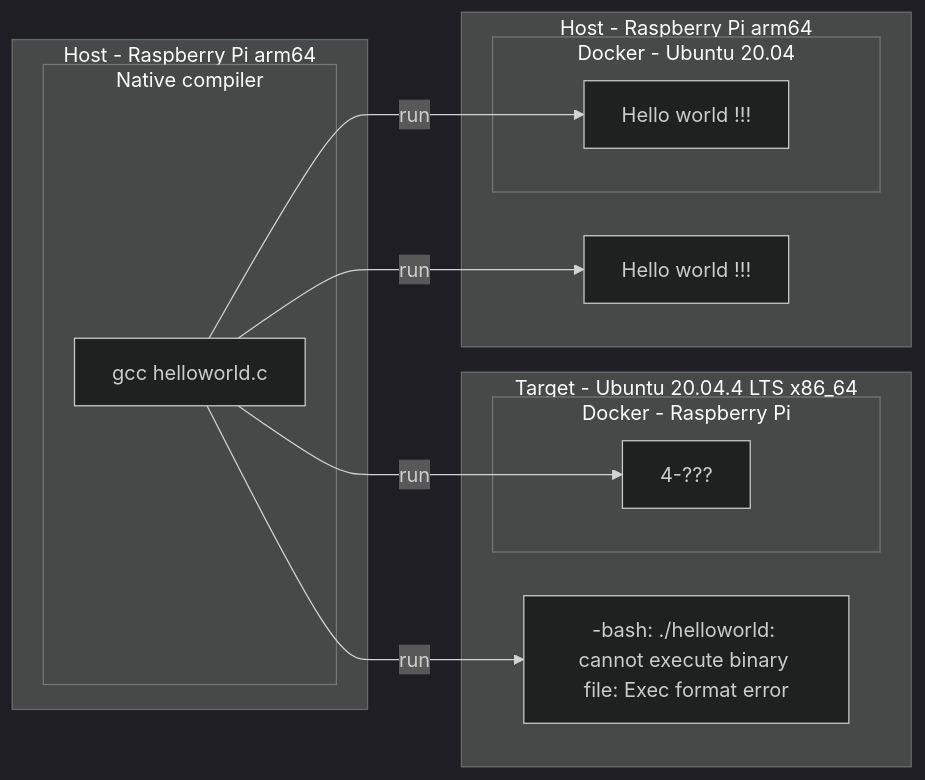
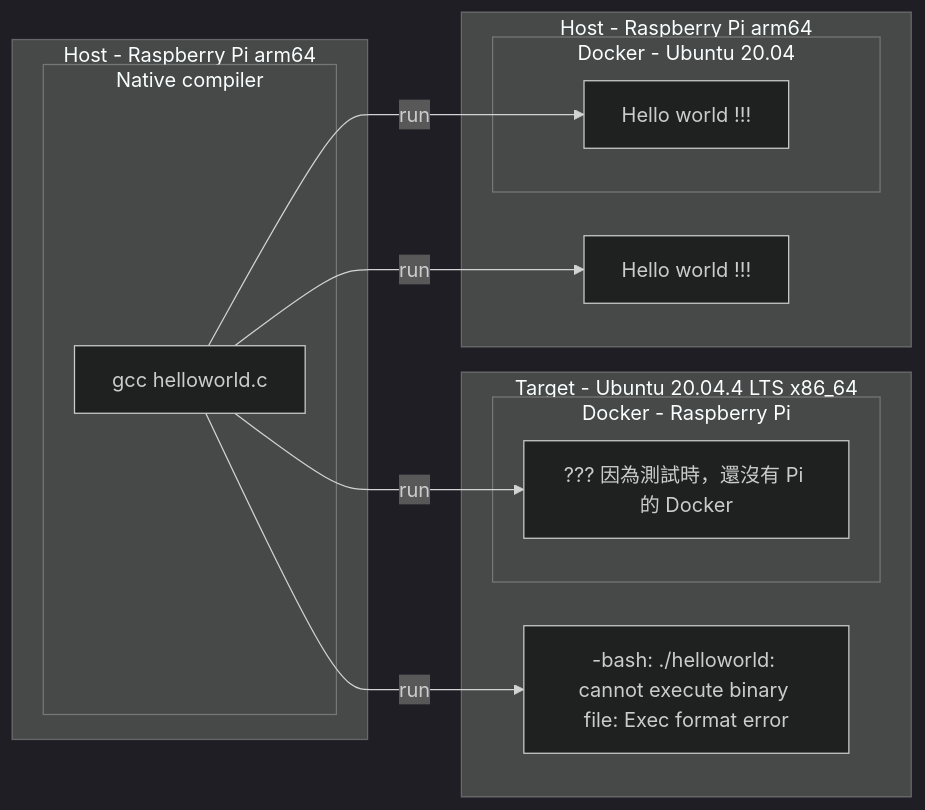
Before and after one commit to lankahsu520/CrossCompilationX: the third of 9 diagrams in README.md, drawn with Mermaid (dark theme). The commit also changed other lines of this file, not shown here.

Commit message:
update README.md, 5. Setup Native-Compilation Environment on Architecture-XXX 6. CPU emulator on x86

````diff
--- a/README.md
+++ b/README.md
@@ -164,30 +166,30 @@
 ```mermaid
 flowchart LR
 	subgraph Host[Host - Raspberry Pi arm64]
 		subgraph Native[Native compiler]
 			gcc[gcc helloworld.c]
 		end
 	end
 
 	subgraph Target[Target - Ubuntu 20.04.4 LTS x86_64]
 		helloworld_run_ubuntu[-bash: ./helloworld: cannot execute binary file: Exec format error]
 		subgraph DockerUbuntuPI[Docker - Raspberry Pi]
-			helloworld_run_ubuntu_pi_docker[4-???]
+			helloworld_run_ubuntu_pi_docker[??? 因為測試時，還沒有 Pi 的 Docker]
 		end
 	end
 
 
 	subgraph HostA[Host - Raspberry Pi arm64]
 		helloworld_run_host[Hello world !!!]
 		subgraph DockerAU2004[Docker - Ubuntu 20.04]
 			helloworld_run_AU2004_docker[Hello world !!!]
 		end
   end
 	
 	gcc --> |run|helloworld_run_host
 	gcc --> |run|helloworld_run_AU2004_docker
 
 	gcc --> |run|helloworld_run_ubuntu
 	gcc --> |run|helloworld_run_ubuntu_pi_docker
 	
 ```
````
